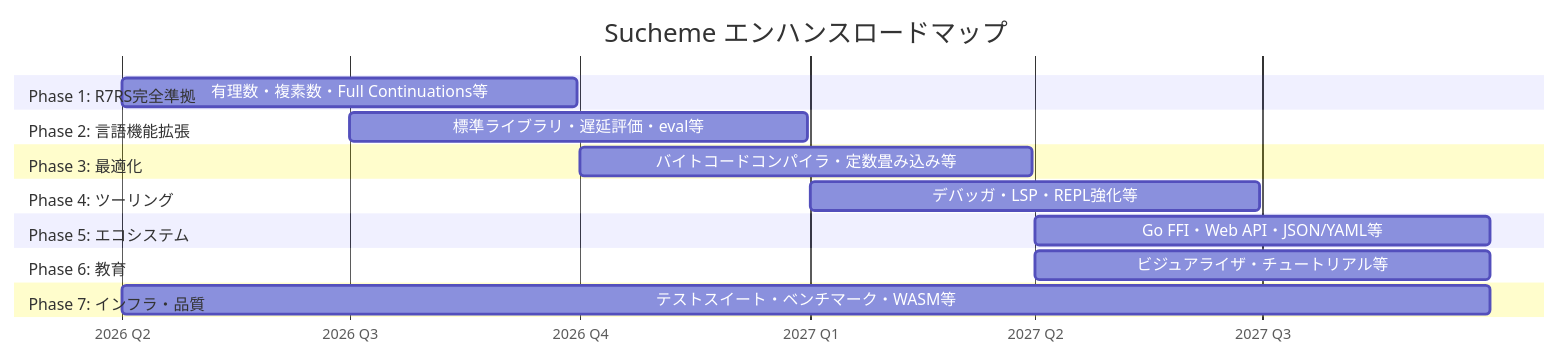
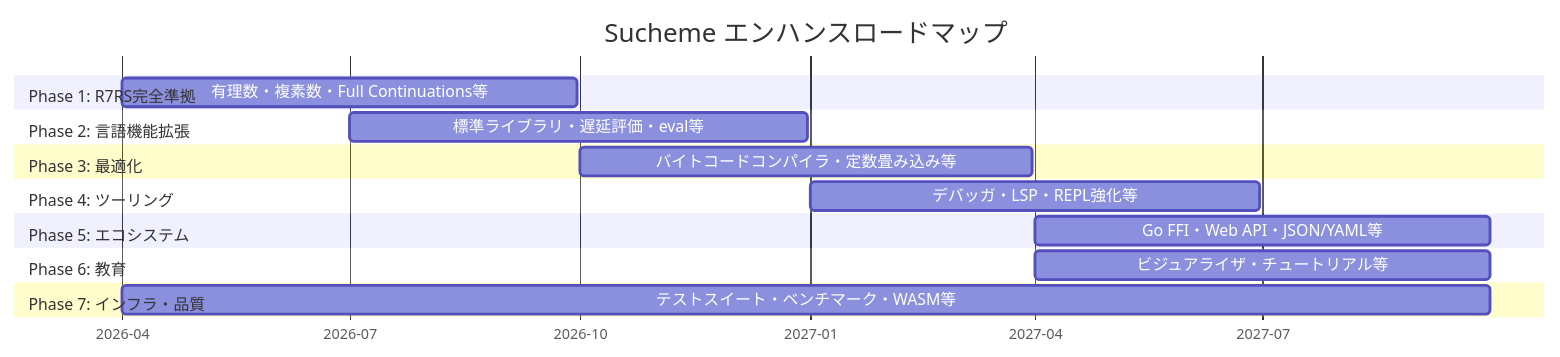
Before and after one commit to suchi/sucheme-go: the diagram in docs/enhancement-roadmap.md, drawn with Mermaid.

Commit message:
fix: use d3-compatible axisFormat in Mermaid gantt chart
axisFormat %Y Q%q はd3-time-formatで未対応のため %Y-%m に変更

````diff
--- a/docs/enhancement-roadmap.md
+++ b/docs/enhancement-roadmap.md
@@ -264,27 +264,27 @@
 ```mermaid
 gantt
     title Sucheme エンハンスロードマップ
     dateFormat YYYY-MM-DD
-    axisFormat %Y Q%q
+    axisFormat %Y-%m
 
     section Phase 1: R7RS完全準拠
     有理数・複素数・Full Continuations等  :2026-04-01, 2026-09-30
 
     section Phase 2: 言語機能拡張
     標準ライブラリ・遅延評価・eval等     :2026-07-01, 2026-12-31
 
     section Phase 3: 最適化
     バイトコードコンパイラ・定数畳み込み等 :2026-10-01, 2027-03-31
 
     section Phase 4: ツーリング
     デバッガ・LSP・REPL強化等            :2027-01-01, 2027-06-30
 
     section Phase 5: エコシステム
     Go FFI・Web API・JSON/YAML等         :2027-04-01, 2027-09-30
 
     section Phase 6: 教育
     ビジュアライザ・チュートリアル等      :2027-04-01, 2027-09-30
 
     section Phase 7: インフラ・品質
     テストスイート・ベンチマーク・WASM等  :2026-04-01, 2027-09-30
 ```
````
